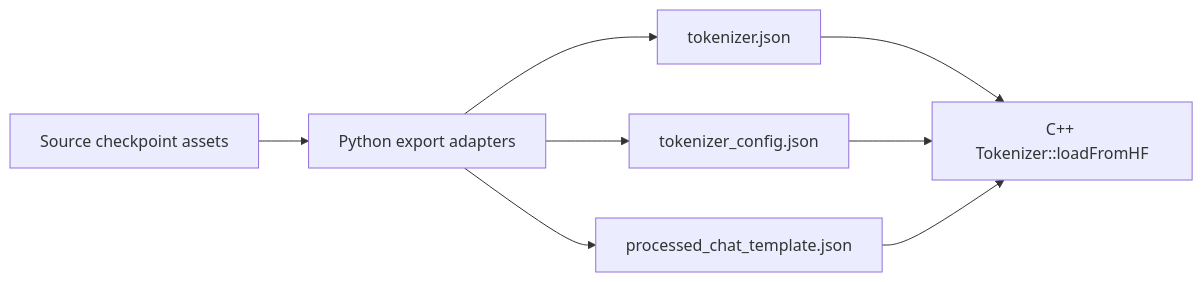
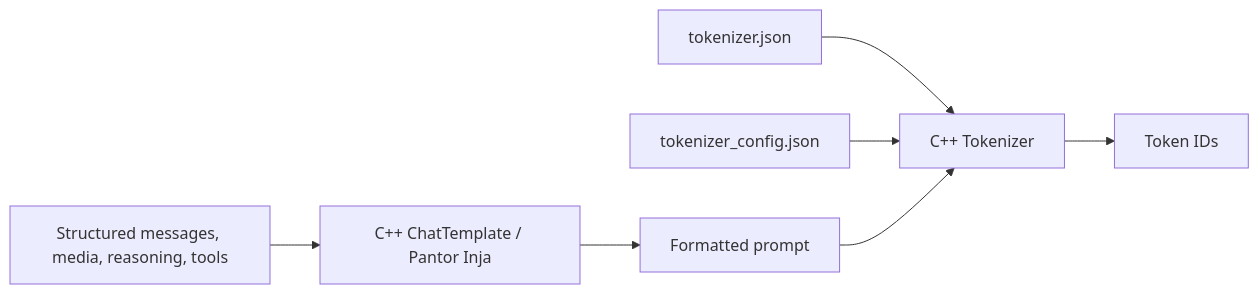
The diagram in design/concepts/components/tokenizer/README.adoc (ConstBob/TensorRT-Edge-LLM), drawn with Mermaid before and after one commit. The commit also changed other lines of this file and 113 other files, not shown here.

```diff
--- a/design/concepts/components/tokenizer/README.adoc
+++ b/design/concepts/components/tokenizer/README.adoc
@@ -33,11 +27,10 @@
 [mermaid]
 ----
 flowchart LR
-    SRC[Source checkpoint assets] --> EXP[Python export adapters]
-    EXP --> TJ[tokenizer.json]
-    EXP --> TC[tokenizer_config.json]
-    EXP --> CT[processed_chat_template.json]
-    TJ --> RT[C++ Tokenizer::loadFromHF]
-    TC --> RT
-    CT --> RT
+    REQ[Structured messages, media, reasoning, tools] --> CT[C++ ChatTemplate / Pantor Inja]
+    CT --> TXT[Formatted prompt]
+    TJ[tokenizer.json] --> TOK[C++ Tokenizer]
+    TC[tokenizer_config.json] --> TOK
+    TXT --> TOK
+    TOK --> IDS[Token IDs]
 ----
```
